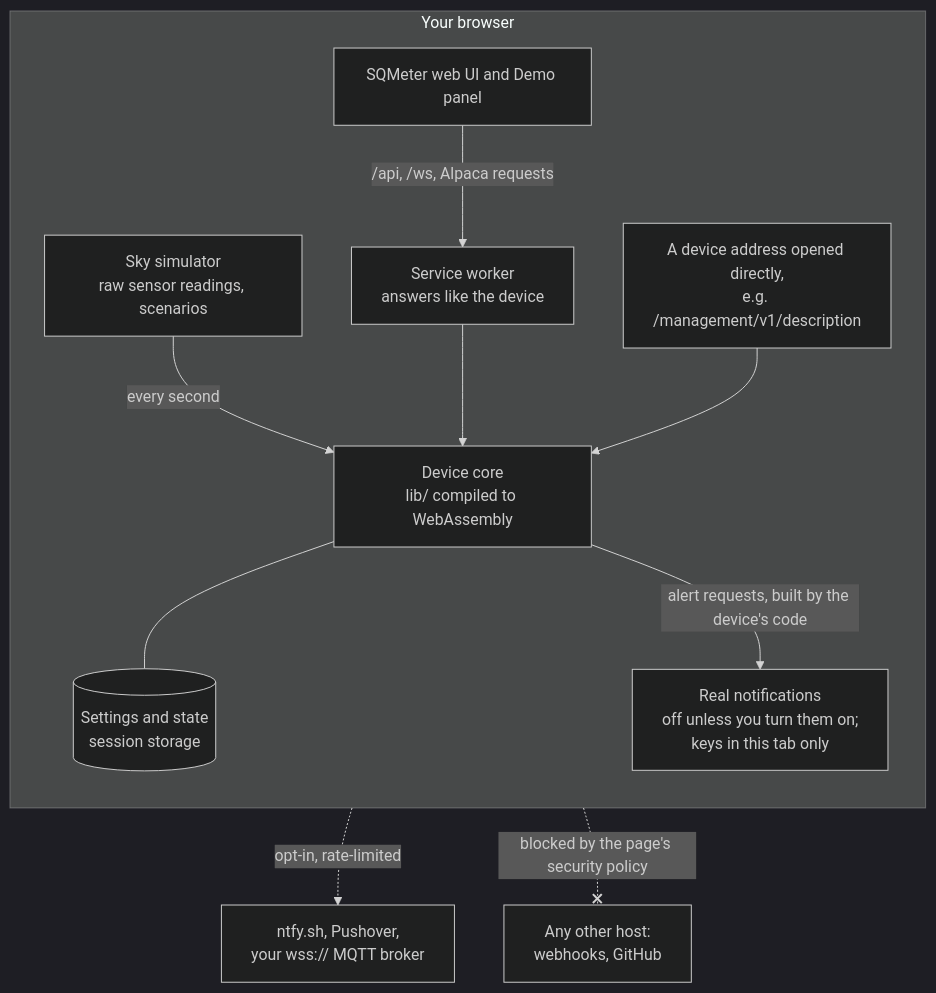
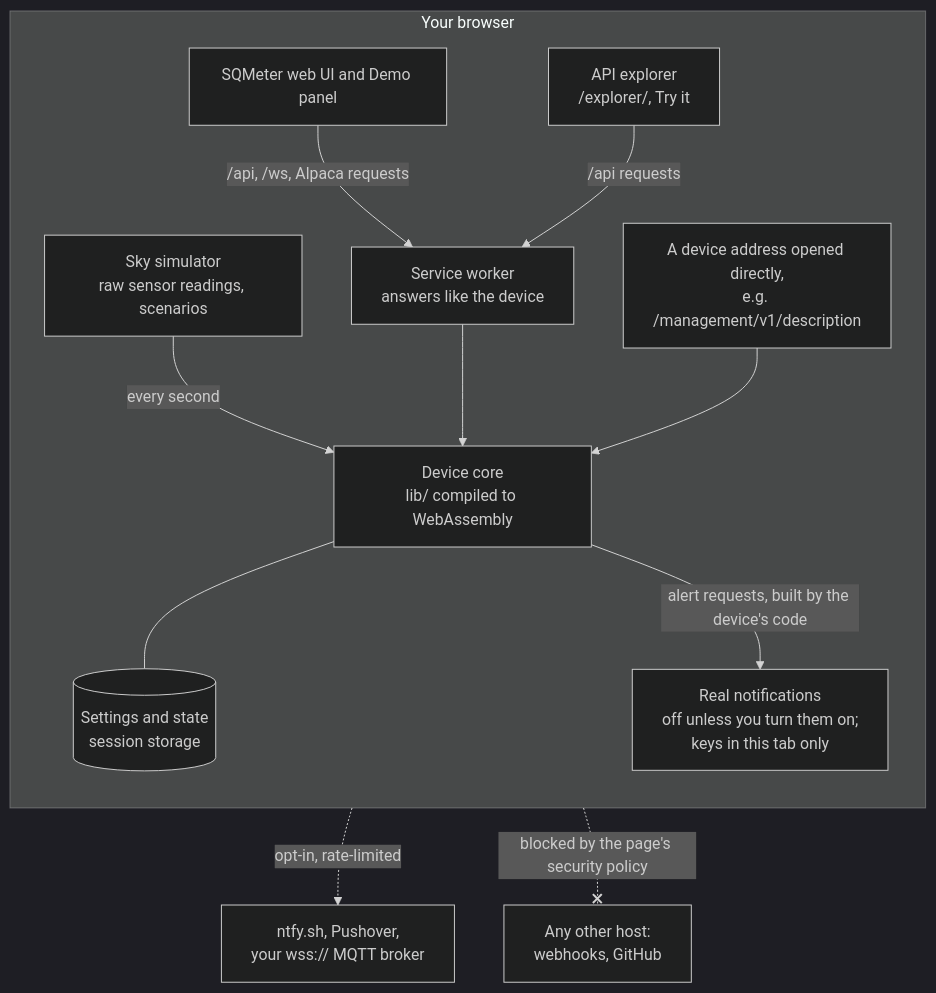
The diagram in docs/live-demo.md (DeanJ87/SQMeter), drawn with Mermaid (dark theme) before and after one commit. The commit also changed other lines of this file and 40 other files, not shown here.

First line of the commit message:
feat: OpenAPI reference and API explorer (spec 028) (#138)

````diff
--- a/docs/live-demo.md
+++ b/docs/live-demo.md
@@ -98,16 +106,17 @@
 ```mermaid
 flowchart TB
     accTitle: How the demo works
-    accDescr: Everything runs in your browser. The sky simulator invents raw sensor readings and feeds the device core, the firmware's own logic compiled to WebAssembly, once a second. A service worker answers the web UI's requests from that core, and device addresses opened directly are answered the same way. Only if you turn on real notifications does the browser send the core's alert requests to ntfy.sh, Pushover or your secure WebSocket broker; the page's security policy blocks every other host.
+    accDescr: Everything runs in your browser. The sky simulator invents raw sensor readings and feeds the device core, the firmware's own logic compiled to WebAssembly, once a second. A service worker answers the web UI's and the API explorer's requests from that core, and device addresses opened directly are answered the same way. Only if you turn on real notifications does the browser send the core's alert requests to ntfy.sh, Pushover or your secure WebSocket broker; the page's security policy blocks every other host.
     subgraph browser["Your browser"]
         direction TB
         SIM["Sky simulator<br/>raw sensor readings, scenarios"] -->|every second| CORE["Device core<br/>lib/ compiled to WebAssembly"]
         CORE --- STORE[("Settings and state<br/>session storage")]
         UI["SQMeter web UI and Demo panel"] -->|"/api, /ws, Alpaca requests"| SW["Service worker<br/>answers like the device"]
+        EXPLORER["API explorer<br/>/explorer/, Try it"] -->|"/api requests"| SW
         SW --> CORE
         DIRECT["A device address opened directly,<br/>e.g. /management/v1/description"] --> CORE
         CORE -->|"alert requests, built by the device's code"| REAL["Real notifications<br/>off unless you turn them on;<br/>keys in this tab only"]
     end
     REAL -.->|opt-in, rate-limited| SERVICES["ntfy.sh, Pushover,<br/>your wss:// MQTT broker"]
     browser -.-x|blocked by the page's security policy| OUTSIDE["Any other host:<br/>webhooks, GitHub"]
 ```
````
